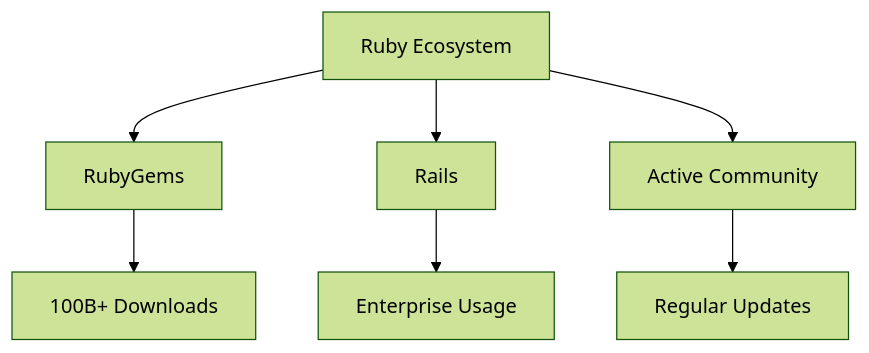
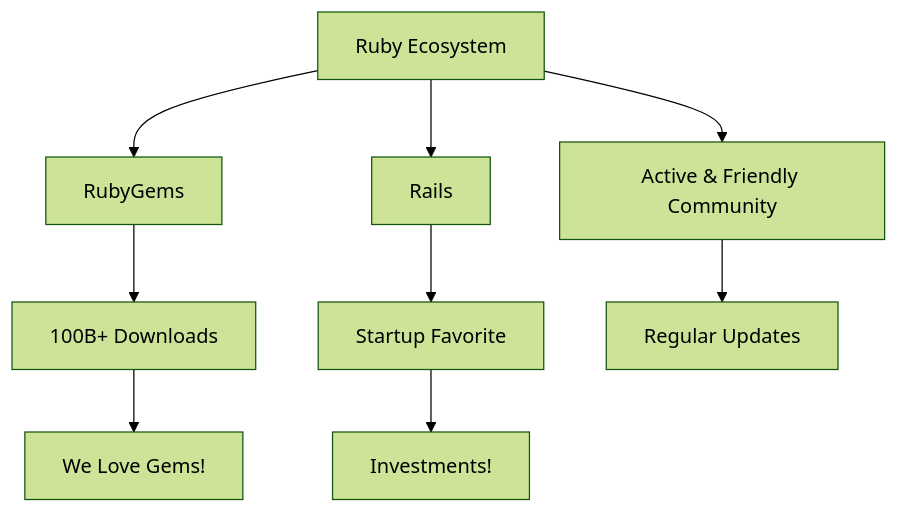
Before and after one commit to Envek/rubyworld-keep-it-ruby: the diagram in slides.md, drawn with Mermaid (forest theme). The commit also changed other lines of this file, not shown here.

````diff
--- a/slides.md
+++ b/slides.md
@@ -189,9 +202,11 @@
 ```mermaid {scale: 0.7}
 graph TD
     A[Ruby Ecosystem] --> B[RubyGems]
     A --> C[Rails]
     B --> D[100B+ Downloads]
-    C --> E[Enterprise Usage]
-    A --> F[Active Community]
+    D --> H[We Love Gems!]
+    C --> E[Startup Favorite]
+    A --> F[Active & Friendly Community]
     F --> G[Regular Updates]
+    E --> K[Investments!]
 ```
````
